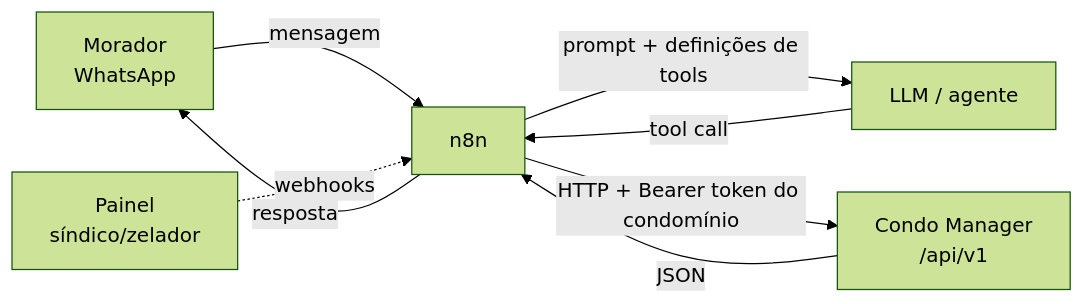
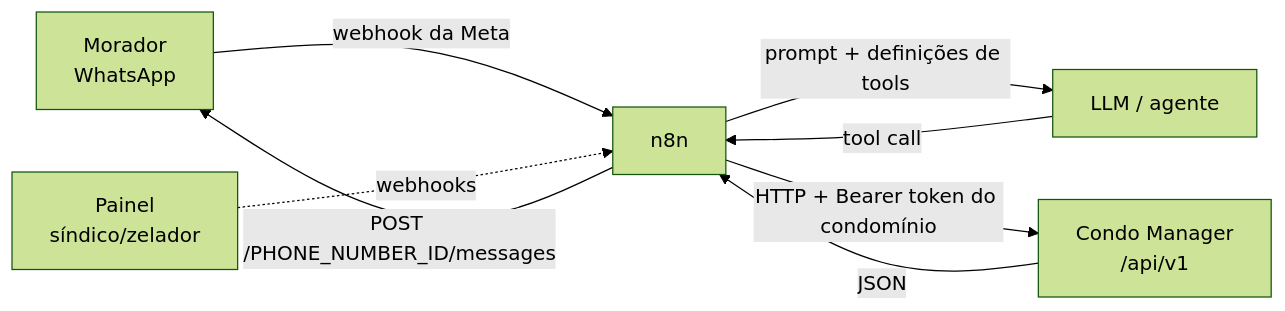
The first of 2 diagrams in docs/agent-tools.md (beerandcodeteam/condo-manager), drawn with Mermaid (forest theme) before and after one commit. The commit also changed other lines of this file and 46 other files, not shown here.

Commit message:
add n8n endpoints and n8n flow

````diff
--- a/docs/agent-tools.md
+++ b/docs/agent-tools.md
@@ -35,10 +35,10 @@
 ```mermaid
 flowchart LR
-    M[Morador<br/>WhatsApp] -->|mensagem| N[n8n]
+    M[Morador<br/>WhatsApp] -->|webhook da Meta| N[n8n]
     N -->|prompt + definições de tools| L[LLM / agente]
     L -->|tool call| N
     N -->|HTTP + Bearer token do condomínio| A[Condo Manager<br/>/api/v1]
     A -->|JSON| N
-    N -->|resposta| M
+    N -->|POST /PHONE_NUMBER_ID/messages| M
     P[Painel<br/>síndico/zelador] -.->|webhooks| N
 ```
````
